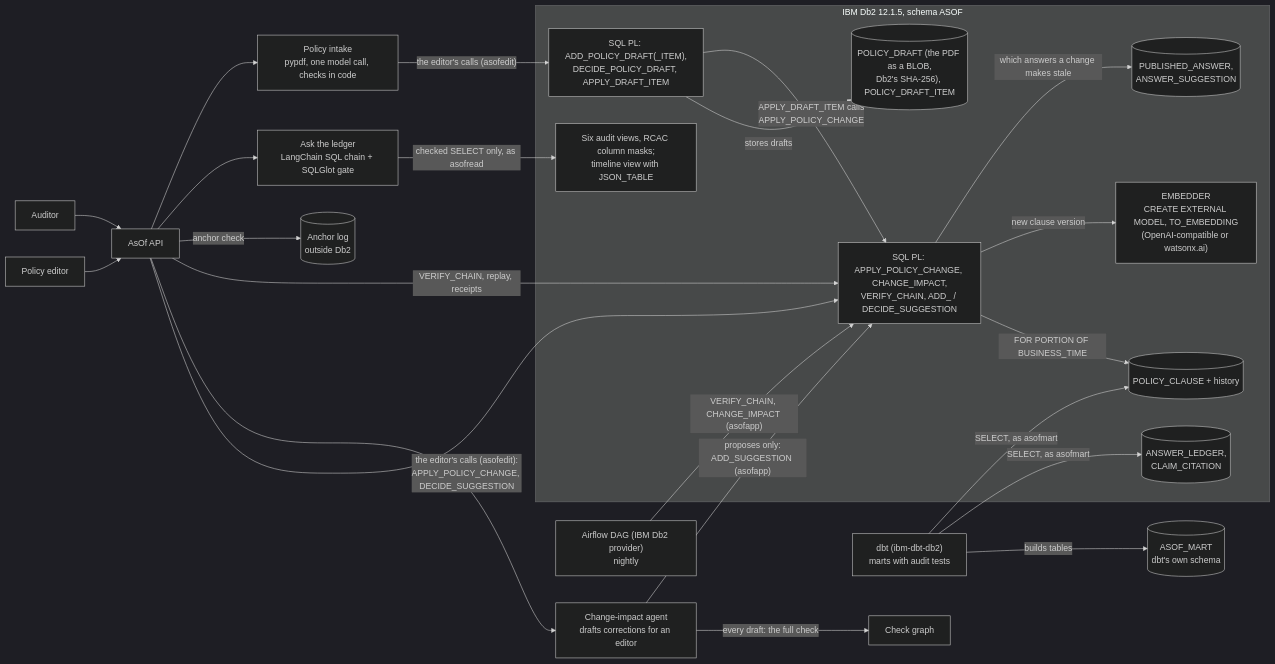
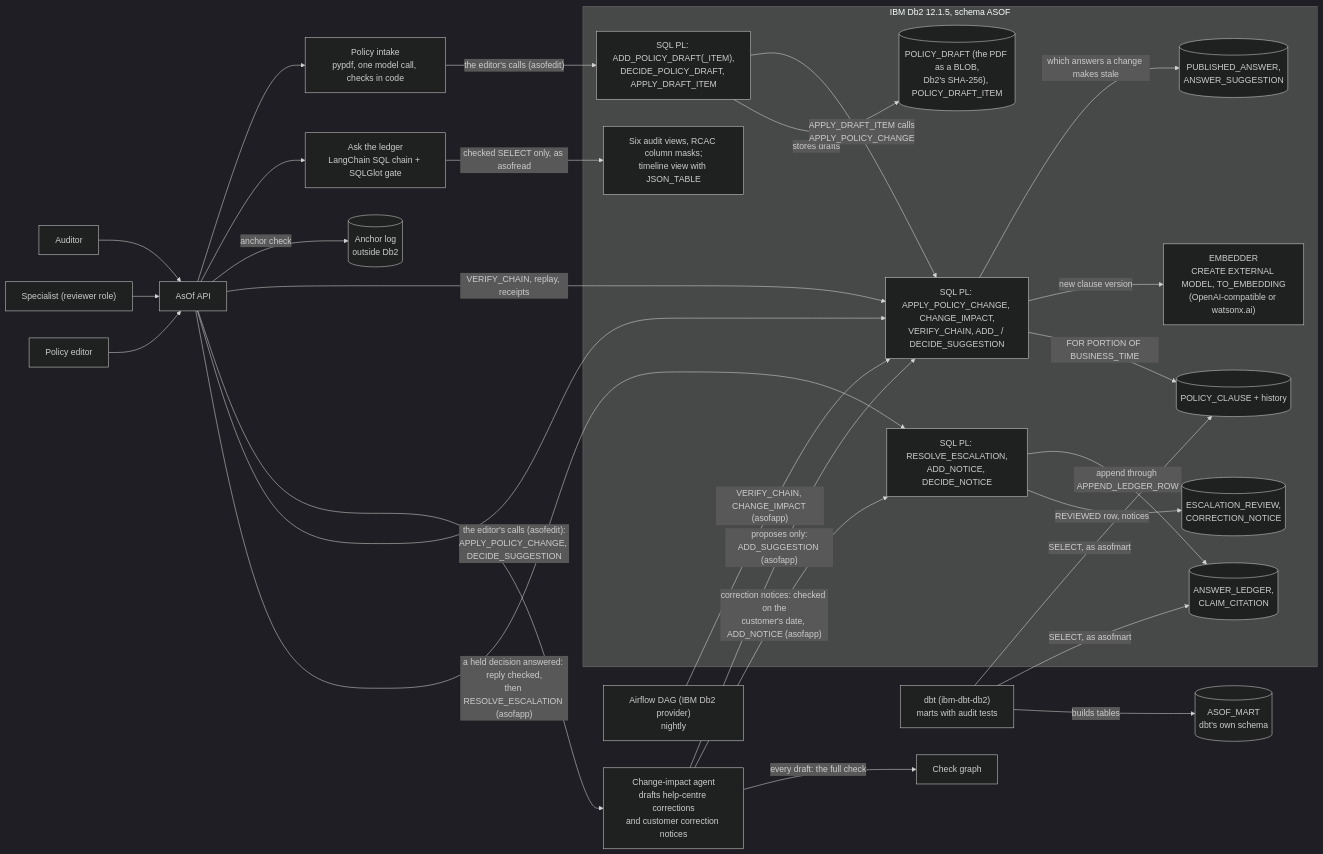
The second of 4 diagrams in submissions/asof/architecture.md (KunalGolaIBM/IBM_Db2_TechX_Project_Submission), drawn with Mermaid (dark theme) before and after one commit. The commit also changed other lines of this file and 8 other files, not shown here.

````diff
--- a/submissions/asof/architecture.md
+++ b/submissions/asof/architecture.md
@@ -67,37 +73,44 @@
 ```mermaid
 flowchart LR
     subgraph DB2["IBM Db2 12.1.5, schema ASOF"]
         PROCS["SQL PL: APPLY_POLICY_CHANGE, CHANGE_IMPACT,<br/>VERIFY_CHAIN, ADD_ / DECIDE_SUGGESTION"]
         DPROCS["SQL PL: ADD_POLICY_DRAFT(_ITEM),<br/>DECIDE_POLICY_DRAFT, APPLY_DRAFT_ITEM"]
         DRAFT[("POLICY_DRAFT (the PDF as a BLOB,<br/>Db2's SHA-256), POLICY_DRAFT_ITEM")]
         PC[("POLICY_CLAUSE + history")]
         LEDGER[("ANSWER_LEDGER,<br/>CLAIM_CITATION")]
         PUB[("PUBLISHED_ANSWER,<br/>ANSWER_SUGGESTION")]
+        HELD[("ESCALATION_REVIEW,<br/>CORRECTION_NOTICE")]
+        IPROCS["SQL PL: RESOLVE_ESCALATION,<br/>ADD_NOTICE, DECIDE_NOTICE"]
         MODEL["EMBEDDER<br/>CREATE EXTERNAL MODEL, TO_EMBEDDING<br/>(OpenAI-compatible or watsonx.ai)"]
         VIEWS["Six audit views, RCAC column masks;<br/>timeline view with JSON_TABLE"]
     end
     MART[("ASOF_MART<br/>dbt's own schema")]
 
     EDITOR["Policy editor"] --> API["AsOf API"]
+    SPECIALIST["Specialist (reviewer role)"] --> API
+    API -- "a held decision answered: reply checked,<br/>then RESOLVE_ESCALATION (asofapp)" --> IPROCS
+    IMPACT -- "correction notices: checked on the<br/>customer's date, ADD_NOTICE (asofapp)" --> IPROCS
+    IPROCS -- "REVIEWED row, notices" --> HELD
+    IPROCS -- "append through APPEND_LEDGER_ROW" --> LEDGER
     AUDITOR["Auditor"] --> API
     API -- "the editor's calls (asofedit):<br/>APPLY_POLICY_CHANGE, DECIDE_SUGGESTION" --> PROCS
-    API --> IMPACT["Change-impact agent<br/>drafts corrections for an editor"]
+    API --> IMPACT["Change-impact agent<br/>drafts help-centre corrections<br/>and customer correction notices"]
     IMPACT -- "every draft: the full check" --> GATE["Check graph"]
     IMPACT -- "proposes only:<br/>ADD_SUGGESTION (asofapp)" --> PROCS
     API -- "VERIFY_CHAIN, replay, receipts" --> PROCS
     API -- "anchor check" --> ANCHOR[("Anchor log<br/>outside Db2")]
     API --> ASK["Ask the ledger<br/>LangChain SQL chain + SQLGlot gate"]
     API --> INTAKE["Policy intake<br/>pypdf, one model call, checks in code"]
     INTAKE -- "the editor's calls (asofedit)" --> DPROCS
     DPROCS -- "stores drafts" --> DRAFT
     DPROCS -- "APPLY_DRAFT_ITEM calls<br/>APPLY_POLICY_CHANGE" --> PROCS
 
     PROCS -- "FOR PORTION OF BUSINESS_TIME" --> PC
     PROCS -- "new clause version" --> MODEL
     PROCS -- "which answers a change makes stale" --> PUB
     ASK -- "checked SELECT only, as asofread" --> VIEWS
     AIRFLOW["Airflow DAG (IBM Db2 provider)<br/>nightly"] -- "VERIFY_CHAIN, CHANGE_IMPACT (asofapp)" --> PROCS
     DBT["dbt (ibm-dbt-db2)<br/>marts with audit tests"] -- "SELECT, as asofmart" --> LEDGER
     DBT -- "SELECT, as asofmart" --> PC
     DBT -- "builds tables" --> MART
 ```
````
